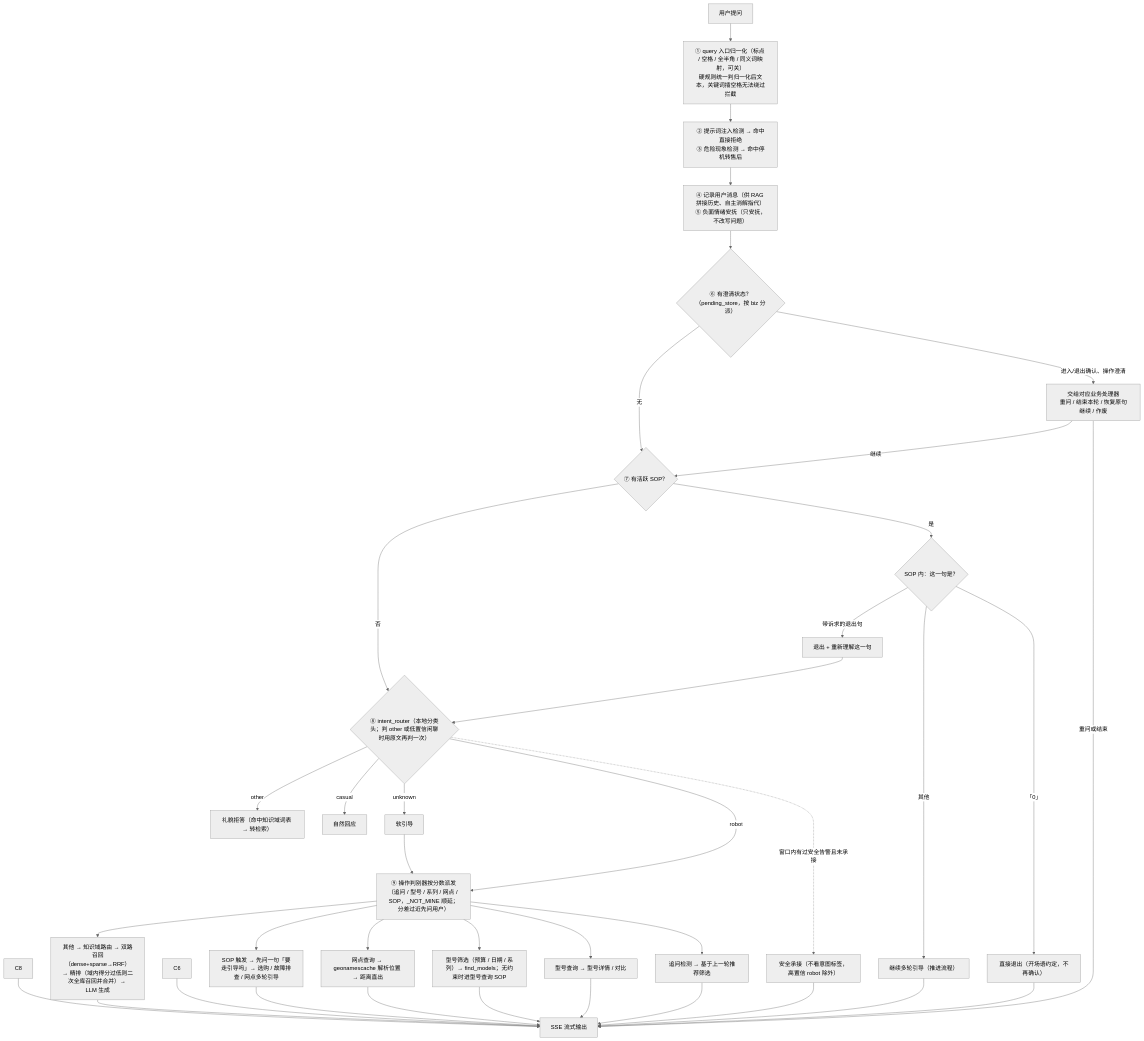
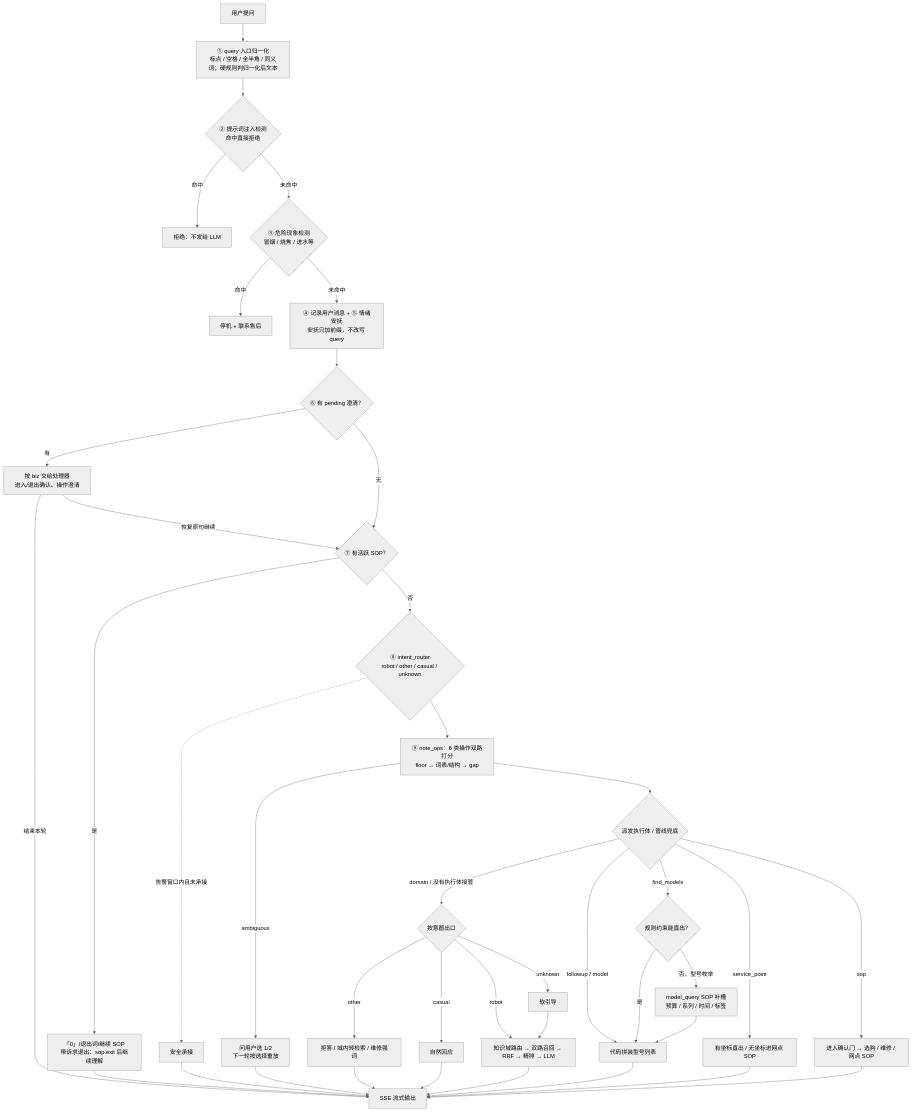
Before and after one commit to apkdio/clean_robot_agent: the diagram in README.md, drawn with Mermaid (neutral theme). The commit also changed other lines of this file and 22 other files, not shown here.

Commit message:
v3.0.1 1.新增ChatRequest DTO，统一承载前端请求，并与下游做交接 2.删除冗余的结构化查询兜底stage，统一到操作器 - model_query中 3.Sop retry_count重试绑定到Step，并附带count推进函数 4.CaseTrace体系新增阶段Stage信息记录，信息记录更全面 5.澄清处理器入参、Trace记录优化 6.评测端同步跟进更新 7.文档同步更新 8.修复部分问题，增强体验

````diff
--- a/README.md
+++ b/README.md
@@ -428,40 +428,42 @@
 ```mermaid
 flowchart TD
-    Q["用户提问"] --> N0["① query 入口归一化（标点 / 空格 / 全半角 / 同义词映射，可关）<br/>硬规则统一判归一化后文本，关键词插空格无法绕过拦截"]
-    N0 --> G1["② 提示词注入检测 → 命中直接拒绝<br/>③ 危险现象检测 → 命中停机转售后"]
-    G1 --> G2["④ 记录用户消息（供 RAG 拼接历史、自主消解指代）<br/>⑤ 负面情绪安抚（只安抚，不改写问题）"]
-    G2 --> G3{"⑥ 有澄清状态？（pending_store，按 biz 分派）"}
-    G3 -->|"进入/退出确认、操作澄清"| G3A["交给对应业务处理器<br/>重问 / 结束本轮 / 恢复原句继续 / 作废"]
-    G3A -->|"重问或结束"| OUT
-    G3A -->|"继续"| G4{"⑦ 有活跃 SOP？"}
-    G3 -->|无| G4
-    G4 -->|是| S1{"SOP 内：这一句是？"}
-    S1 -->|"「0」"| S1B["直接退出（开场语约定，不再确认）"]
-    S1 -->|"带诉求的退出句"| S1C["退出 + 重新理解这一句"]
-    S1 -->|其他| S1D["继续多轮引导（推进流程）"]
-    S1B --> OUT
-    S1C --> IR
-    S1D --> OUT
-    G4 -->|否| IR{"⑧ intent_router（本地分类头；判 other 或低置信闲聊时用原文再判一次）"}
-    IR -->|other| O1["礼貌拒答（命中知识域词表 → 转检索）"]
-    IR -->|casual| O2["自然回应"]
-    IR -->|unknown| O3["软引导"]
-    IR -->|robot| G5["⑨ 操作判别器按分数派发（追问 / 型号 / 系列 / 网点 / SOP，_NOT_MINE 顺延；分差过近先问用户）"]
-    IR -.->|"窗口内有过安全告警且未承接"| S2A["安全承接（不看意图标签，高置信 robot 除外）"]
-    S2A --> OUT
-    O3 --> G5
-    G5 --> C1["追问检测 → 基于上一轮推荐筛选"]
-    G5 --> C2["型号查询 → 型号详情 / 对比"]
-    G5 --> C3["型号筛选（预算 / 日期 / 系列）→ find_models；无约束时进型号查询 SOP"]
-    G5 --> C4["网点查询 → geonamescache 解析位置 → 距离直出"]
-    G5 --> C5["SOP 触发 → 先问一句「要走引导吗」→ 选购 / 故障排查 / 网点多轮引导"]
-    G5 --> C7["其他 → 知识域路由 → 双路召回（dense+sparse→RRF）→ 精排（域内得分过低则二次全库召回并合并）→ LLM 生成"]
-    C1 --> OUT["SSE 流式输出"]
-    C2 --> OUT
-    C3 --> OUT
-    C4 --> OUT
-    C5 --> OUT
-    C6 --> OUT
-    C7 --> OUT
-    C8 --> OUT
+    Q["用户提问"] --> N0["① query 入口归一化<br/>标点 / 空格 / 全半角 / 同义词；硬规则判归一化后文本"]
+    N0 --> G1{"② 提示词注入检测<br/>命中直接拒绝"}
+    G1 -->|命中| BLOCK["拒绝：不发给 LLM"]
+    G1 -->|未命中| G2{"③ 危险现象检测<br/>冒烟 / 烧焦 / 进水等"}
+    G2 -->|命中| SAFE["停机 + 联系售后"]
+    G2 -->|未命中| G3["④ 记录用户消息 + ⑤ 情绪安抚<br/>安抚只加前缀，不改写 query"]
+    G3 --> CLR{"⑥ 有 pending 澄清？"}
+    CLR -->|有| CLRH["按 biz 交给处理器<br/>进入/退出确认、操作澄清"]
+    CLRH -->|结束本轮| OUT
+    CLRH -->|恢复原句继续| SOPA
+    CLR -->|无| SOPA{"⑦ 有活跃 SOP？"}
+    SOPA -->|是| SOPB["「0」/退出词/继续 SOP<br/>带诉求退出：sop.exit 后继续理解"]
+    SOPB --> OUT
+    SOPA -->|否| IR{"⑧ intent_router<br/>robot / other / casual / unknown"}
+    IR -.->|"告警窗口内且未承接"| CARRY["安全承接"]
+    CARRY --> OUT
+    IR --> OPS["⑨ note_ops：6 类操作双路打分<br/>floor → 词表/结构 → gap"]
+    OPS -->|"ambiguous"| OPSC["问用户选 1/2<br/>下一轮按选择重放"]
+    OPSC --> OUT
+    OPS --> DISP{"派发执行体 / 管线兜底"}
+    DISP -->|"followup / model"| STRUCT["代码拼装型号列表"]
+    DISP -->|"service_point"| SP["有坐标直出 / 无坐标进网点 SOP"]
+    DISP -->|"sop"| SOPG["进入确认门 → 选购 / 维修 / 网点 SOP"]
+    DISP -->|"find_models"| FM{"规则约束能直出？"}
+    FM -->|是| STRUCT
+    FM -->|"否，型号枚举"| MQS["model_query SOP 补槽<br/>预算 / 系列 / 时间 / 标签"]
+    MQS --> STRUCT
+    DISP -->|"domain / 没有执行体接管"| BR{"按意图出口"}
+    BR -->|other| REF["拒答 / 域内转检索 / 维修强词"]
+    BR -->|casual| CHAT["自然回应"]
+    BR -->|unknown| GUIDE["软引导"]
+    BR -->|robot| RET["知识域路由 → 双路召回 → RRF → 精排 → LLM"]
+    REF --> OUT
+    CHAT --> OUT
+    GUIDE --> RET
+    RET --> OUT["SSE 流式输出"]
+    STRUCT --> OUT
+    SP --> OUT
+    SOPG --> OUT
 ```
````
